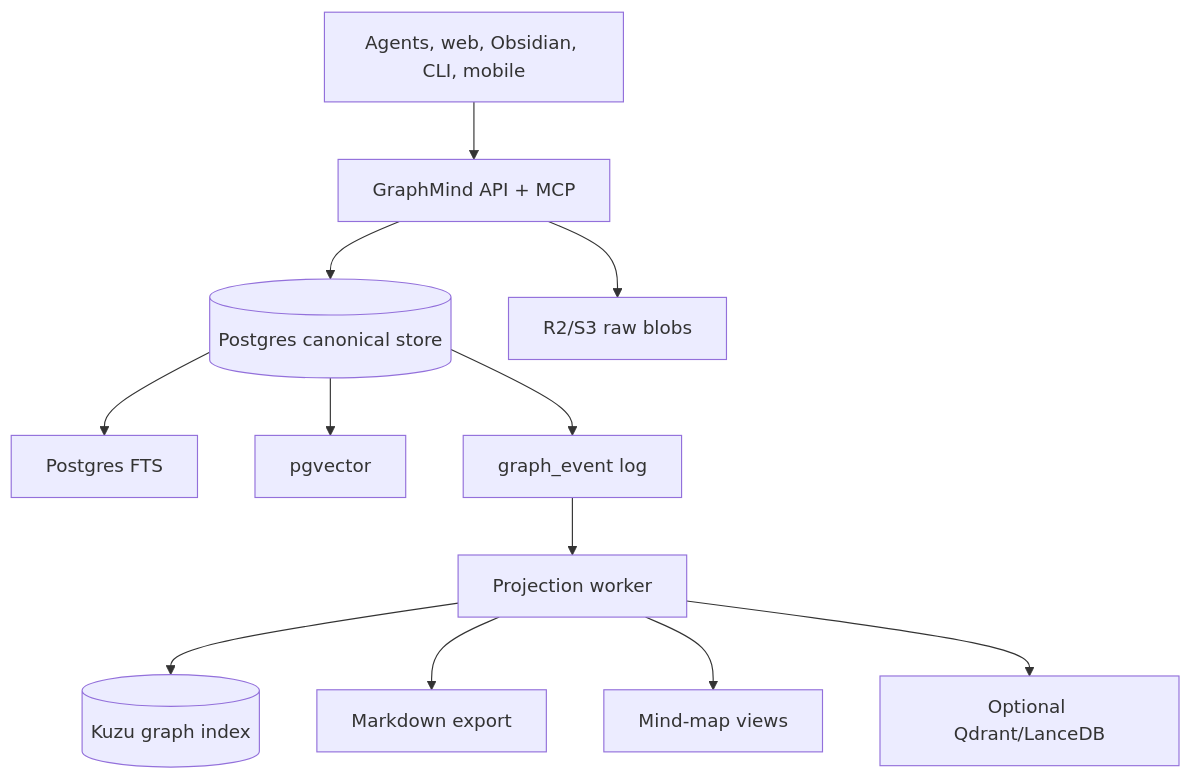
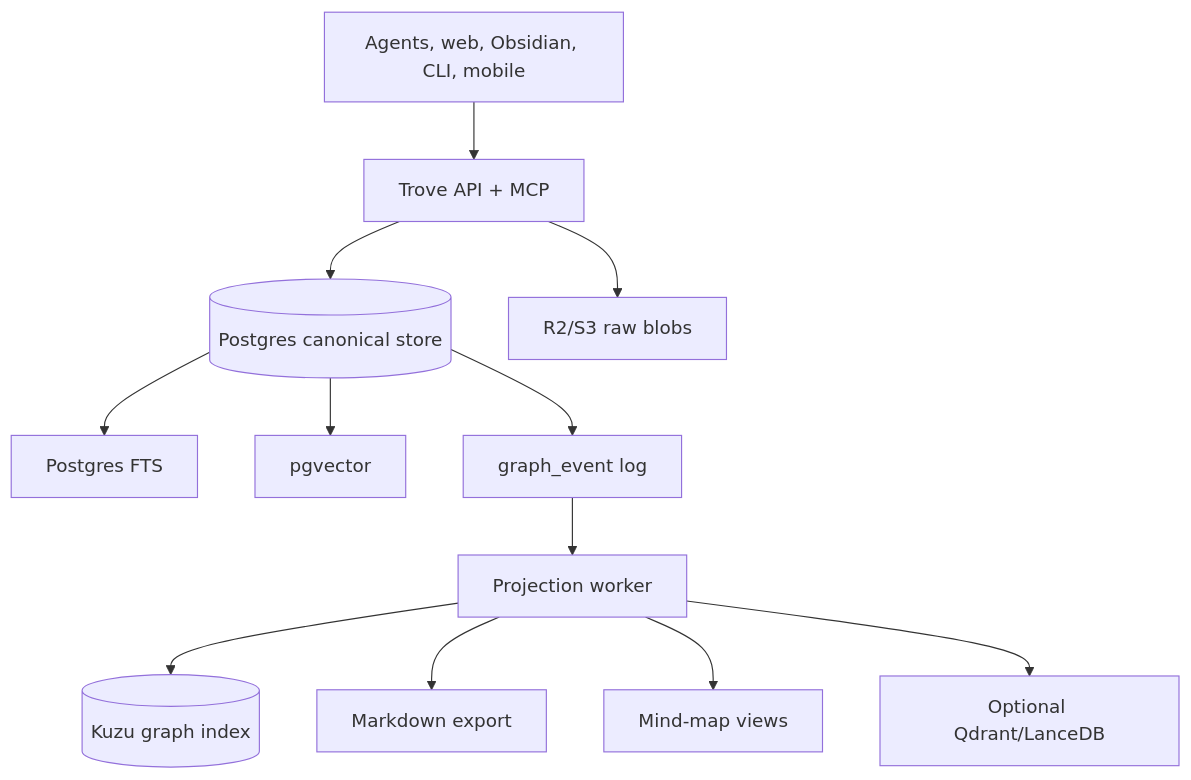
Before and after one commit to anunay999/trove: the diagram in docs/storage-decision.md, drawn with Mermaid. The commit also changed other lines of this file and 46 other files, not shown here.

First line of the commit message:
Rename: GraphMind is now Trove

````diff
--- a/docs/storage-decision.md
+++ b/docs/storage-decision.md
@@ -155,14 +155,14 @@
 ```mermaid
 flowchart TD
-  Interfaces["Agents, web, Obsidian, CLI, mobile"] --> API["GraphMind API + MCP"]
+  Interfaces["Agents, web, Obsidian, CLI, mobile"] --> API["Trove API + MCP"]
   API --> PG[("Postgres canonical store")]
   API --> Blob["R2/S3 raw blobs"]
   PG --> FTS["Postgres FTS"]
   PG --> Vec["pgvector"]
   PG --> Log["graph_event log"]
   Log --> Worker["Projection worker"]
   Worker --> Kuzu[("Kuzu graph index")]
   Worker --> Markdown["Markdown export"]
   Worker --> Maps["Mind-map views"]
   Worker --> Search2["Optional Qdrant/LanceDB"]
 ```
````
